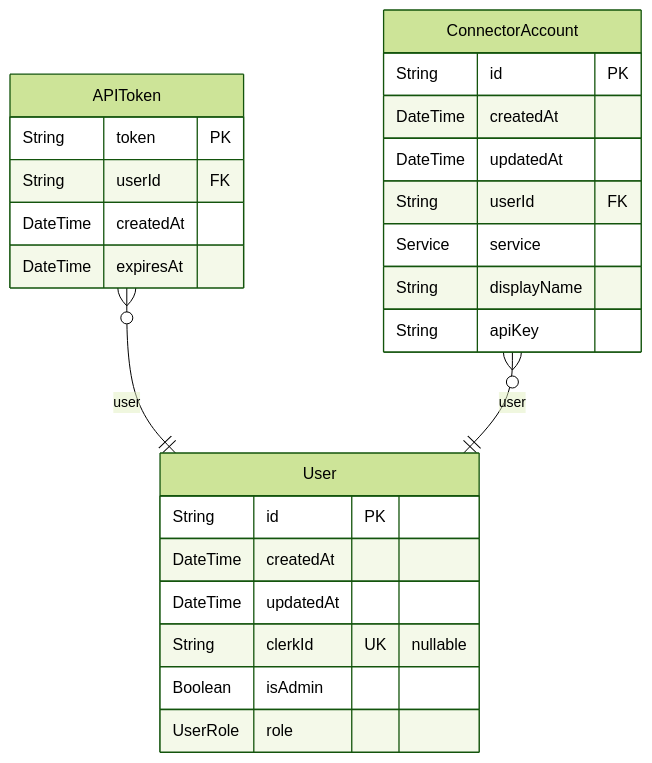
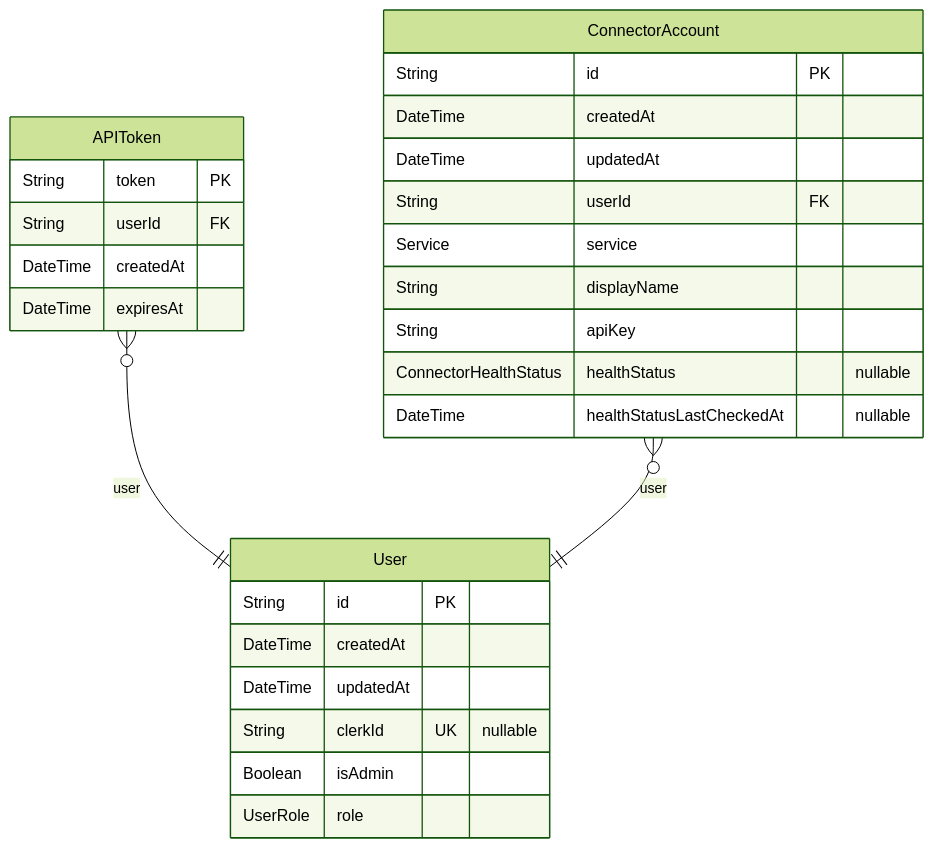
Before and after one commit to whalesync/scratch-cli: the diagram in server/prisma/ERD.md, drawn with Mermaid (forest theme). The commit also changed other lines of this file and 9 other files, not shown here.

````diff
--- a/server/prisma/ERD.md
+++ b/server/prisma/ERD.md
@@ -9,28 +9,30 @@
 ```mermaid
 erDiagram
 "User" {
   String id PK
   DateTime createdAt
   DateTime updatedAt
   String clerkId UK "nullable"
   Boolean isAdmin
   UserRole role
 }
 "APIToken" {
   String token PK
   String userId FK
   DateTime createdAt
   DateTime expiresAt
 }
 "ConnectorAccount" {
   String id PK
   DateTime createdAt
   DateTime updatedAt
   String userId FK
   Service service
   String displayName
   String apiKey
+  ConnectorHealthStatus healthStatus "nullable"
+  DateTime healthStatusLastCheckedAt "nullable"
 }
 "APIToken" }o--|| "User" : user
 "ConnectorAccount" }o--|| "User" : user
 ```
````
